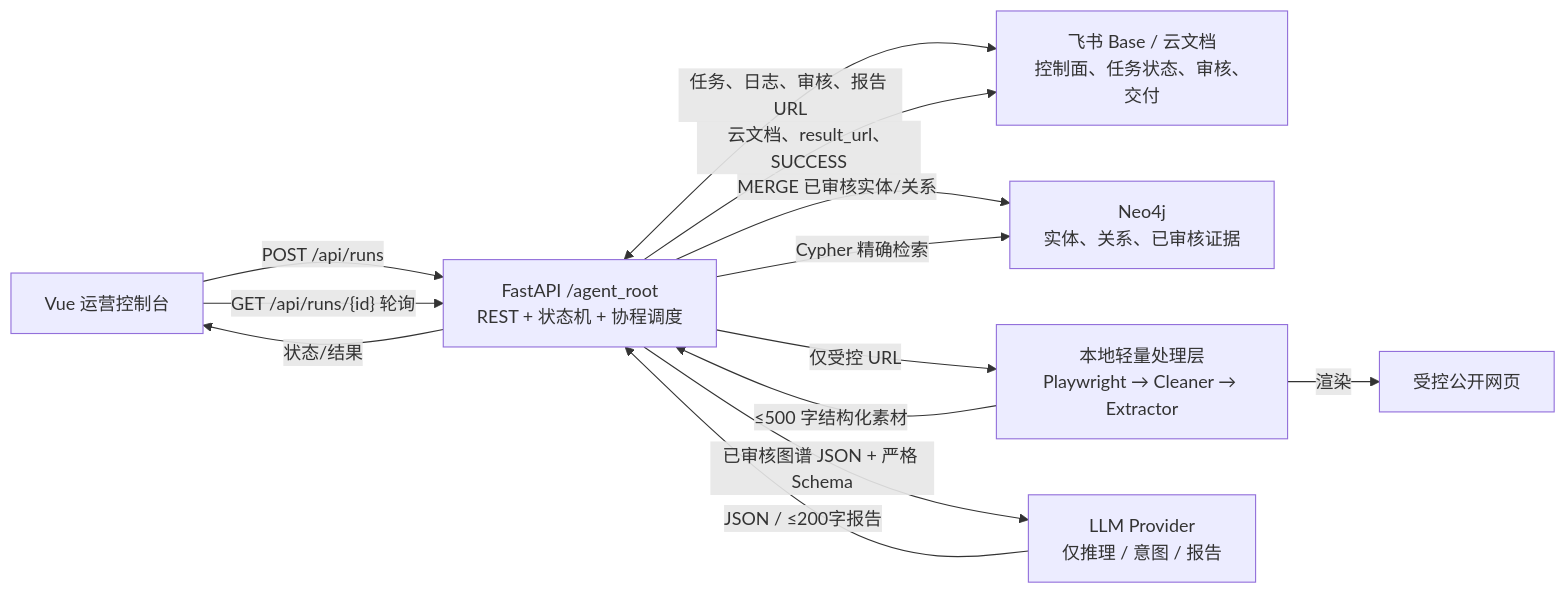
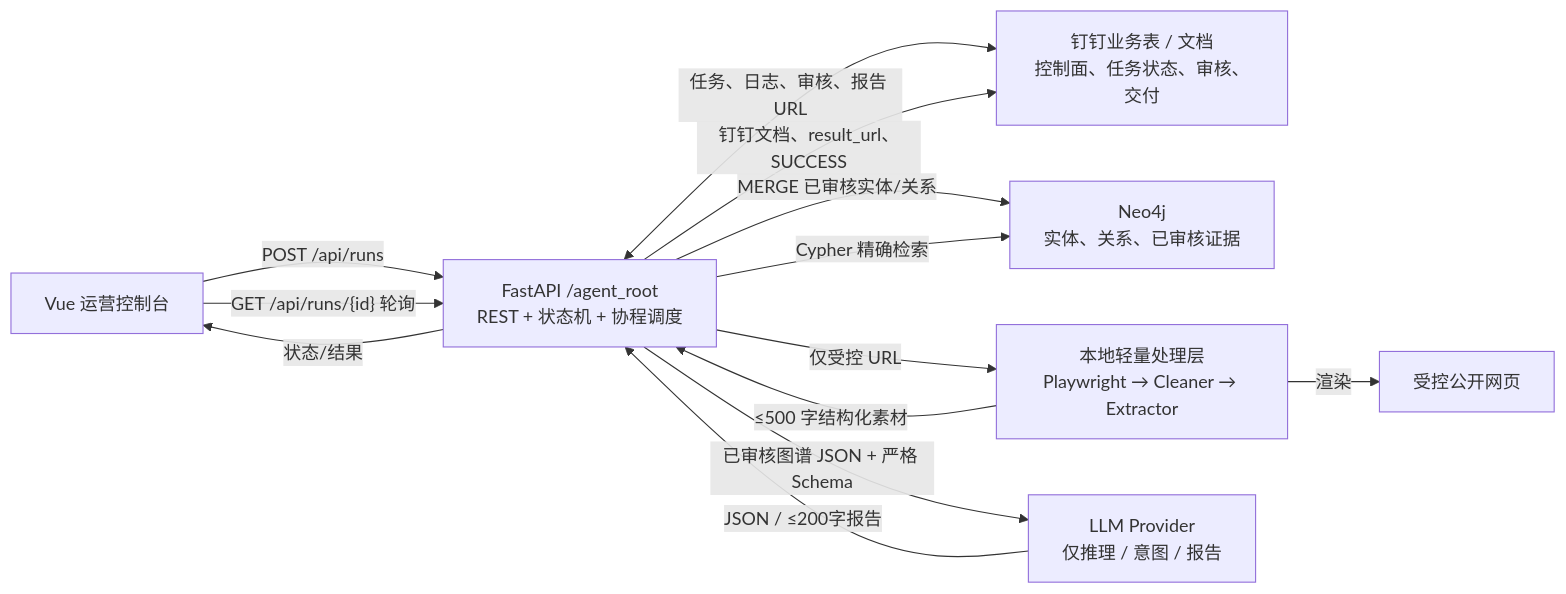
Before and after one commit to Hanlin-YE/Operation-Agent-Platform: the first of 3 diagrams in docs/aigc-operations-acquisition-retention-agent-spec-v4.0.md, drawn with Mermaid. The commit also changed other lines of this file and 60 other files, not shown here.

````diff
--- a/docs/aigc-operations-acquisition-retention-agent-spec-v4.0.md
+++ b/docs/aigc-operations-acquisition-retention-agent-spec-v4.0.md
@@ -49,23 +49,23 @@
 ```mermaid
 flowchart LR
   V["Vue 运营控制台"]
   A["FastAPI /agent_root\nREST + 状态机 + 协程调度"]
-  F["飞书 Base / 云文档\n控制面、任务状态、审核、交付"]
+  F["钉钉业务表 / 文档\n控制面、任务状态、审核、交付"]
   N["Neo4j\n实体、关系、已审核证据"]
   P["本地轻量处理层\nPlaywright → Cleaner → Extractor"]
   G["LLM Provider\n仅推理 / 意图 / 报告"]
   W["受控公开网页"]
 
   V -->|"POST /api/runs"| A
   V -->|"GET /api/runs/{id} 轮询"| A
   A <--> |"任务、日志、审核、报告 URL"| F
   A -->|"仅受控 URL"| P
   P -->|"渲染"| W
   P -->|"≤500 字结构化素材"| A
   A -->|"MERGE 已审核实体/关系"| N
   A -->|"Cypher 精确检索"| N
   A -->|"已审核图谱 JSON + 严格 Schema"| G
   G -->|"JSON / ≤200字报告"| A
-  A -->|"云文档、result_url、SUCCESS"| F
+  A -->|"钉钉文档、result_url、SUCCESS"| F
   A -->|"状态/结果"| V
 ```
````
